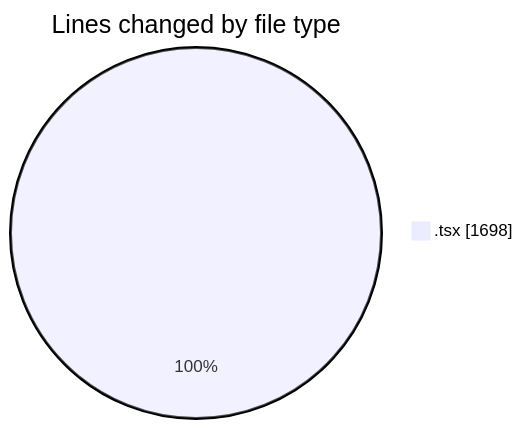
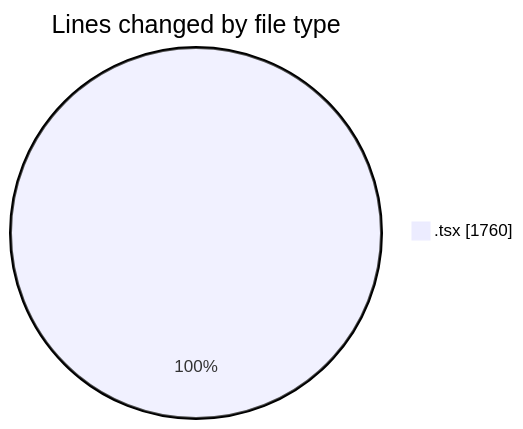
The first of 2 diagrams in 2026-03-30/nxtqube_webapp/README.md (nxtqubesakshisongat/code-tracking), drawn with Mermaid before and after one commit. The commit also changed other lines of this file and 1 other file, not shown here.

````diff
--- a/2026-03-30/nxtqube_webapp/README.md
+++ b/2026-03-30/nxtqube_webapp/README.md
@@ -22,5 +22,5 @@
 ```mermaid
 pie showData
 title Lines changed by file type
-".tsx" : 1698
+".tsx" : 1760
 ```
````
